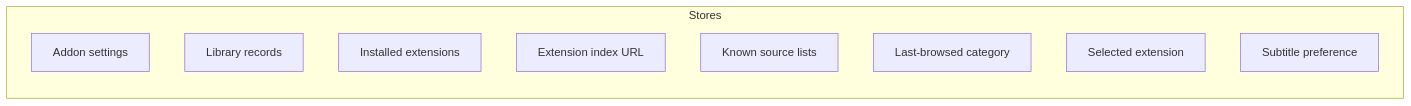
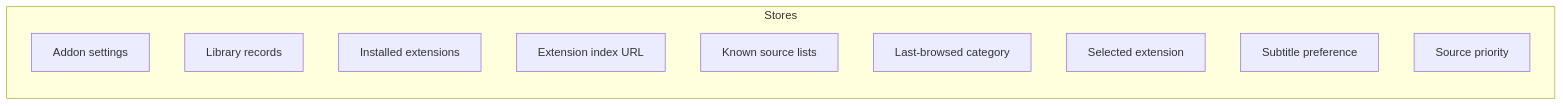
One commit to nimbusfvck/fvcksubs changed the fifth of 6 diagrams in docs/05-data-model.md. Above: the diagram before and after it, drawn with Mermaid. The commit also changed other lines of this file and 30 other files, not shown here.

Commit message:
feat: implement source priority preference and controller for configurable stream ordering

````diff
--- a/docs/05-data-model.md
+++ b/docs/05-data-model.md
@@ -196,13 +192,14 @@
 ```mermaid
 flowchart LR
     subgraph S["Stores"]
         A["Addon settings"]
         B["Library records"]
         C["Installed extensions"]
         D["Extension index URL"]
         E["Known source lists"]
         F["Last-browsed category"]
         G["Selected extension"]
         H["Subtitle preference"]
+        I["Source priority"]
     end
 ```
````
